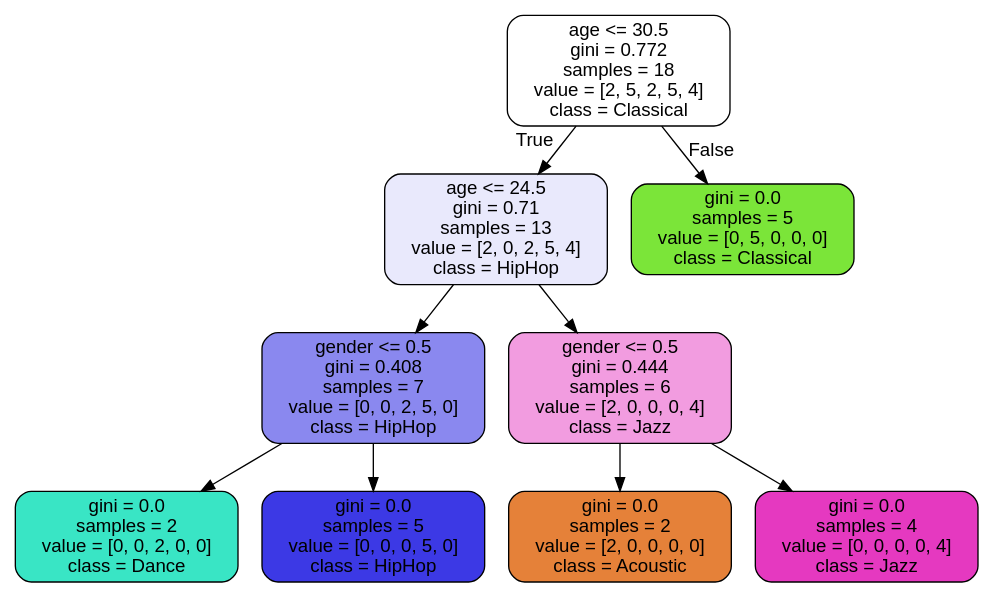
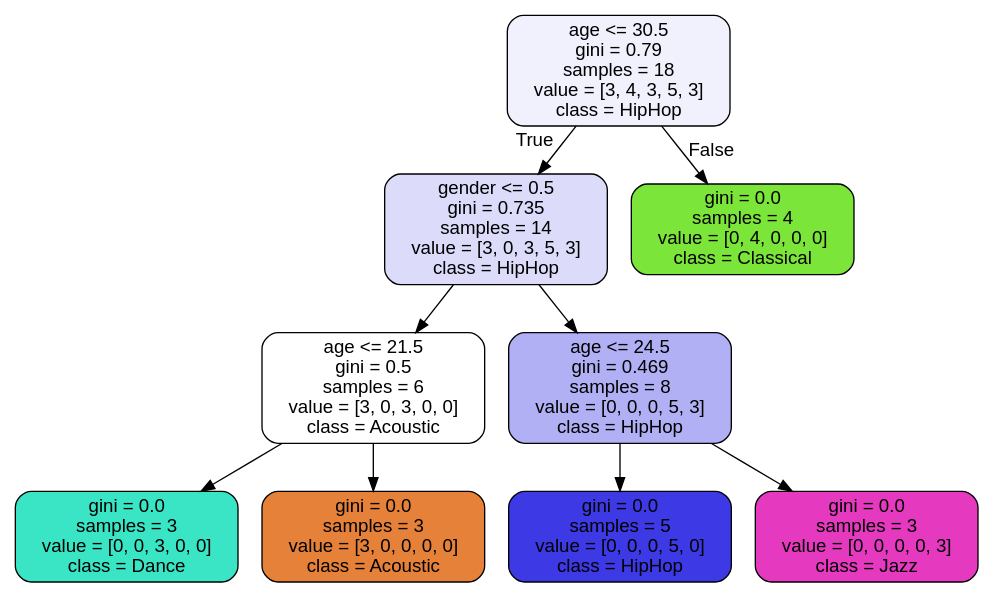
The diagram in Model 1/Project 2/music_recommender.dot (RHout19/Project-1), drawn with Graphviz before and after one commit. The commit also changed 6 other files, not shown here.

```diff
--- a/Model 1/Project 2/music_recommender.dot
+++ b/Model 1/Project 2/music_recommender.dot
@@ -1,21 +1,21 @@
 digraph Tree {
 node [shape=box, style="filled, rounded", color="black", fontname="helvetica"] ;
 edge [fontname="helvetica"] ;
-0 [label="age <= 30.5\ngini = 0.772\nsamples = 18\nvalue = [2, 5, 2, 5, 4]\nclass = Classical", fillcolor="#ffffff"] ;
-1 [label="age <= 24.5\ngini = 0.71\nsamples = 13\nvalue = [2, 0, 2, 5, 4]\nclass = HipHop", fillcolor="#e9e9fc"] ;
+0 [label="age <= 30.5\ngini = 0.79\nsamples = 18\nvalue = [3, 4, 3, 5, 3]\nclass = HipHop", fillcolor="#f1f1fd"] ;
+1 [label="gender <= 0.5\ngini = 0.735\nsamples = 14\nvalue = [3, 0, 3, 5, 3]\nclass = HipHop", fillcolor="#dcdbfa"] ;
 0 -> 1 [labeldistance=2.5, labelangle=45, headlabel="True"] ;
-2 [label="gender <= 0.5\ngini = 0.408\nsamples = 7\nvalue = [0, 0, 2, 5, 0]\nclass = HipHop", fillcolor="#8a88ef"] ;
+2 [label="age <= 21.5\ngini = 0.5\nsamples = 6\nvalue = [3, 0, 3, 0, 0]\nclass = Acoustic", fillcolor="#ffffff"] ;
 1 -> 2 ;
-3 [label="gini = 0.0\nsamples = 2\nvalue = [0, 0, 2, 0, 0]\nclass = Dance", fillcolor="#39e5c5"] ;
+3 [label="gini = 0.0\nsamples = 3\nvalue = [0, 0, 3, 0, 0]\nclass = Dance", fillcolor="#39e5c5"] ;
 2 -> 3 ;
-4 [label="gini = 0.0\nsamples = 5\nvalue = [0, 0, 0, 5, 0]\nclass = HipHop", fillcolor="#3c39e5"] ;
+4 [label="gini = 0.0\nsamples = 3\nvalue = [3, 0, 0, 0, 0]\nclass = Acoustic", fillcolor="#e58139"] ;
 2 -> 4 ;
-5 [label="gender <= 0.5\ngini = 0.444\nsamples = 6\nvalue = [2, 0, 0, 0, 4]\nclass = Jazz", fillcolor="#f29ce0"] ;
+5 [label="age <= 24.5\ngini = 0.469\nsamples = 8\nvalue = [0, 0, 0, 5, 3]\nclass = HipHop", fillcolor="#b1b0f5"] ;
 1 -> 5 ;
-6 [label="gini = 0.0\nsamples = 2\nvalue = [2, 0, 0, 0, 0]\nclass = Acoustic", fillcolor="#e58139"] ;
+6 [label="gini = 0.0\nsamples = 5\nvalue = [0, 0, 0, 5, 0]\nclass = HipHop", fillcolor="#3c39e5"] ;
 5 -> 6 ;
-7 [label="gini = 0.0\nsamples = 4\nvalue = [0, 0, 0, 0, 4]\nclass = Jazz", fillcolor="#e539c0"] ;
+7 [label="gini = 0.0\nsamples = 3\nvalue = [0, 0, 0, 0, 3]\nclass = Jazz", fillcolor="#e539c0"] ;
 5 -> 7 ;
-8 [label="gini = 0.0\nsamples = 5\nvalue = [0, 5, 0, 0, 0]\nclass = Classical", fillcolor="#7be539"] ;
+8 [label="gini = 0.0\nsamples = 4\nvalue = [0, 4, 0, 0, 0]\nclass = Classical", fillcolor="#7be539"] ;
 0 -> 8 [labeldistance=2.5, labelangle=-45, headlabel="False"] ;
 }
```
